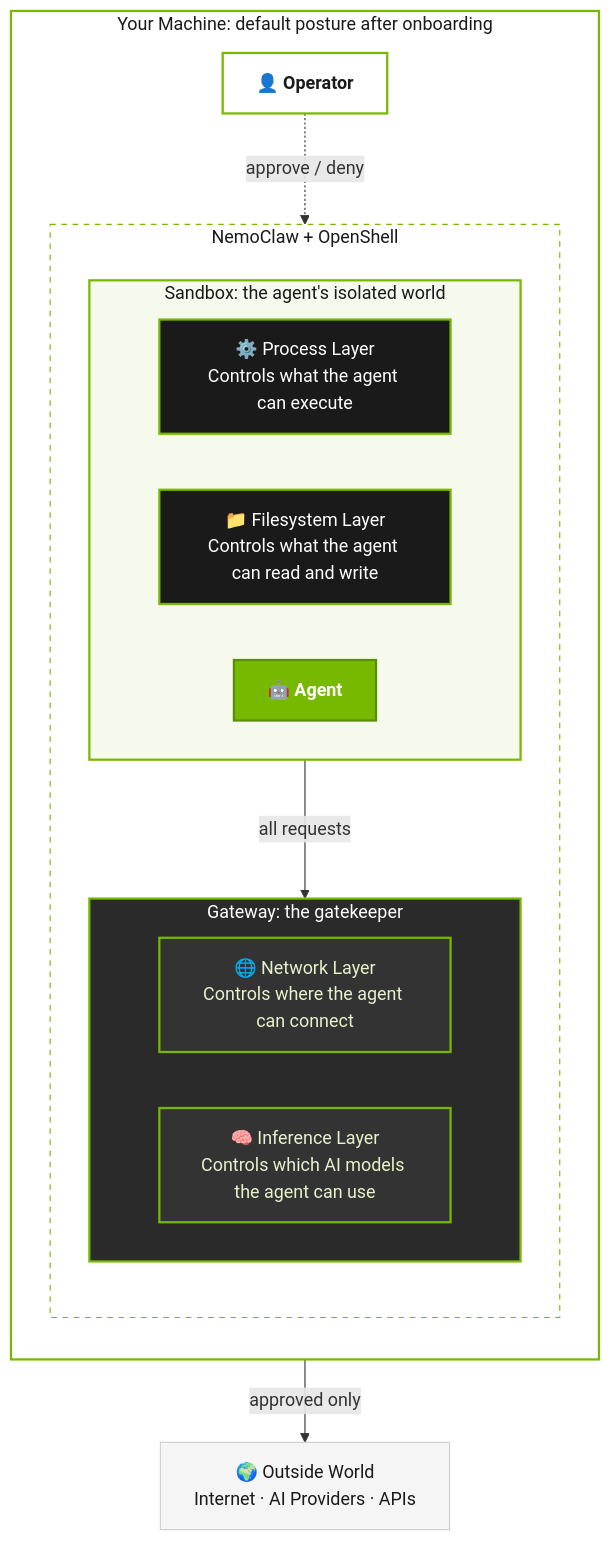
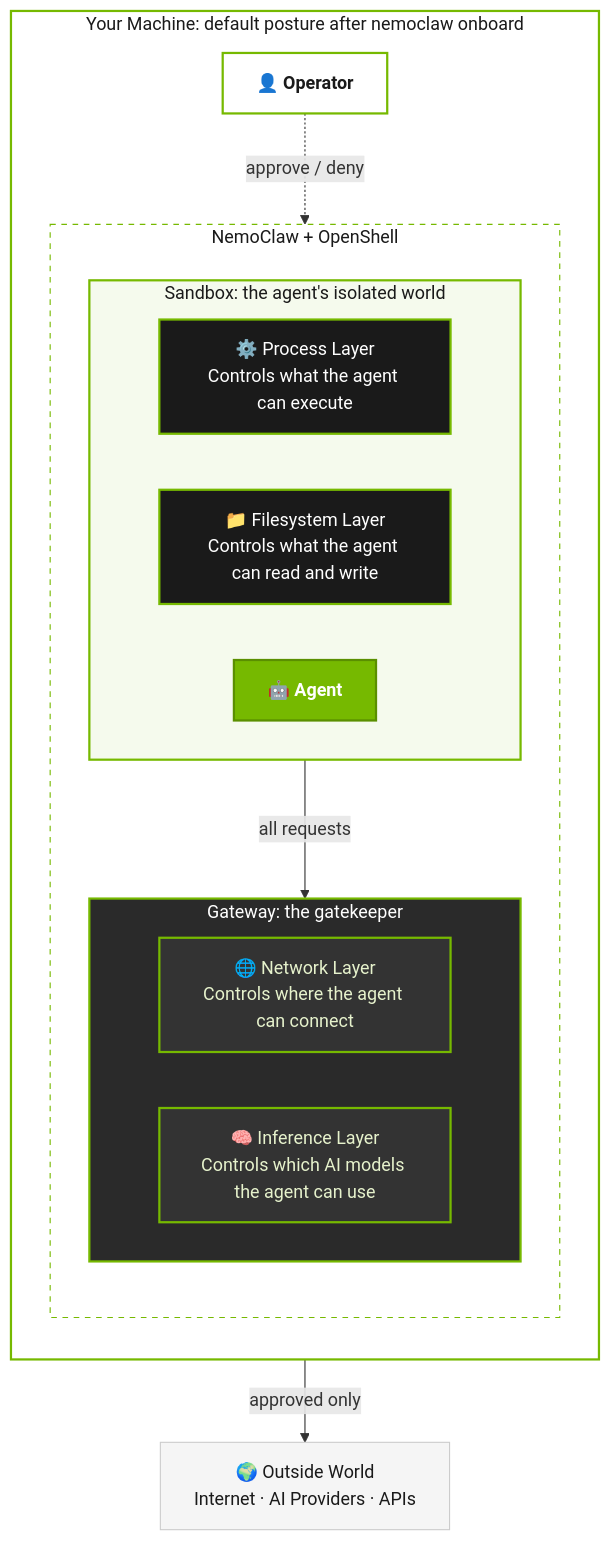
The diagram in skills/nemoclaw-user-configure-security/references/best-practices.md (NVIDIA/NemoClaw), drawn with Mermaid before and after one commit. The commit also changed other lines of this file and 54 other files, not shown here.

````diff
--- a/skills/nemoclaw-user-configure-security/references/best-practices.md
+++ b/skills/nemoclaw-user-configure-security/references/best-practices.md
@@ -19,48 +19,48 @@
 ```mermaid
 flowchart TB
-    subgraph HOST["Your Machine: default posture after onboarding"]
+    subgraph HOST["Your Machine: default posture after nemoclaw onboard"]
         direction TB
 
         YOU["👤 Operator"]
 
         subgraph NC["NemoClaw + OpenShell"]
             direction TB
 
             subgraph SB["Sandbox: the agent's isolated world"]
                 direction LR
                 PROC["⚙️ Process Layer<br/>Controls what the agent can execute"]
                 FS["📁 Filesystem Layer<br/>Controls what the agent can read and write"]
                 AGENT["🤖 Agent"]
             end
 
             subgraph GW["Gateway: the gatekeeper"]
                 direction LR
                 NET["🌐 Network Layer<br/>Controls where the agent can connect"]
                 INF["🧠 Inference Layer<br/>Controls which AI models the agent can use"]
             end
         end
     end
 
     OUTSIDE["🌍 Outside World<br/>Internet · AI Providers · APIs"]
 
     AGENT -- "all requests" --> GW
     GW -- "approved only" --> OUTSIDE
     YOU -. "approve / deny" .-> GW
 
     classDef agent fill:#76b900,stroke:#5a8f00,color:#fff,stroke-width:2px,font-weight:bold
     classDef locked fill:#1a1a1a,stroke:#76b900,color:#fff,stroke-width:2px
     classDef hot fill:#333,stroke:#76b900,color:#e6f2cc,stroke-width:2px
     classDef external fill:#f5f5f5,stroke:#ccc,color:#1a1a1a,stroke-width:1px
     classDef operator fill:#fff,stroke:#76b900,color:#1a1a1a,stroke-width:2px,font-weight:bold
 
     class AGENT agent
     class PROC,FS locked
     class NET,INF hot
     class OUTSIDE external
     class YOU operator
 
     style HOST fill:none,stroke:#76b900,stroke-width:2px,color:#1a1a1a
     style NC fill:none,stroke:#76b900,stroke-width:1px,stroke-dasharray:5 5,color:#1a1a1a
     style SB fill:#f5faed,stroke:#76b900,stroke-width:2px,color:#1a1a1a
     style GW fill:#2a2a2a,stroke:#76b900,stroke-width:2px,color:#fff
 ```
````
